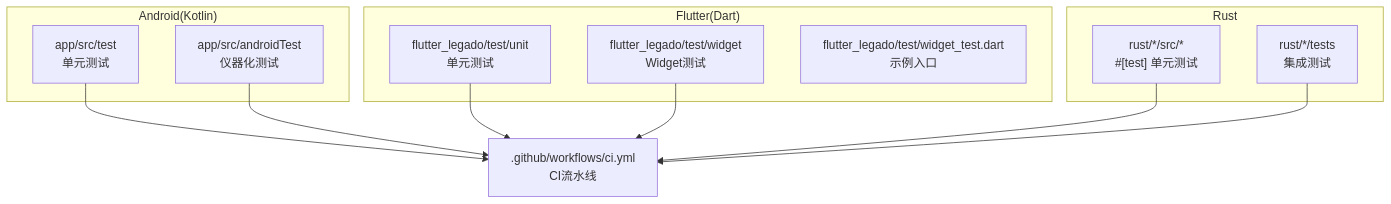
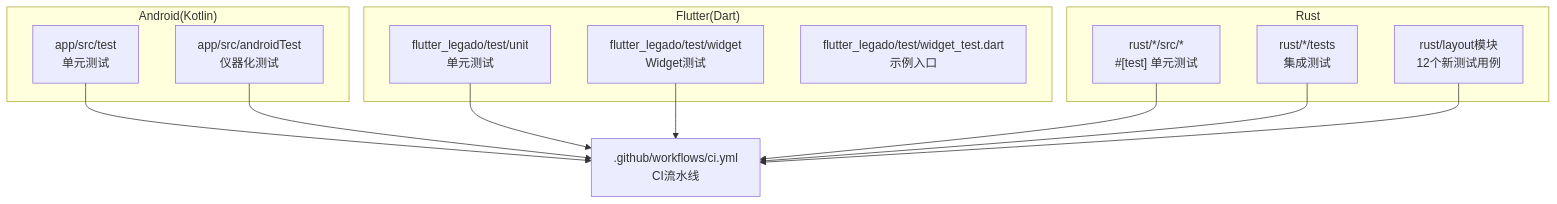
One commit to ZhangGHGitHub/LegadoTeamFlutter changed the first of 5 diagrams in .qoder/repowiki/zh/content/开发指南/测试策略/测试策略.md. Above: the diagram before and after it, drawn with Mermaid. The commit also changed other lines of this file and 66 other files, not shown here.

````diff
--- a/.qoder/repowiki/zh/content/开发指南/测试策略/测试策略.md
+++ b/.qoder/repowiki/zh/content/开发指南/测试策略/测试策略.md
@@ -42,23 +51,25 @@
 ```mermaid
 graph TB
 subgraph "Android(Kotlin)"
 A_Unit["app/src/test<br/>单元测试"]
 A_Instr["app/src/androidTest<br/>仪器化测试"]
 end
 subgraph "Flutter(Dart)"
 F_Unit["flutter_legado/test/unit<br/>单元测试"]
 F_Widget["flutter_legado/test/widget<br/>Widget测试"]
 F_E2E["flutter_legado/test/widget_test.dart<br/>示例入口"]
 end
 subgraph "Rust"
 R_Unit["rust/*/src/*<br/>#[test] 单元测试"]
 R_Int["rust/*/tests<br/>集成测试"]
+R_Layout["rust/layout模块<br/>12个新测试用例"]
 end
 CI[".github/workflows/ci.yml<br/>CI流水线"]
 A_Unit --> CI
 A_Instr --> CI
 F_Unit --> CI
 F_Widget --> CI
 R_Unit --> CI
 R_Int --> CI
+R_Layout --> CI
 ```
````
